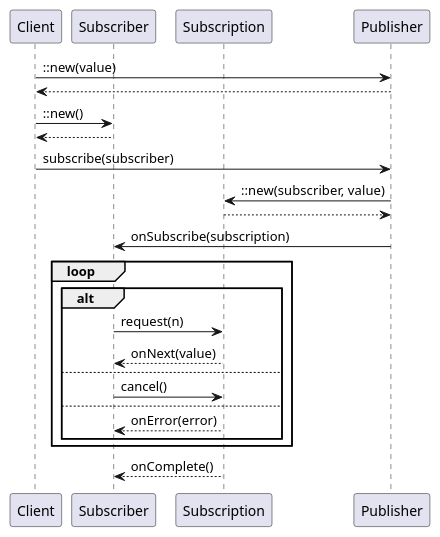
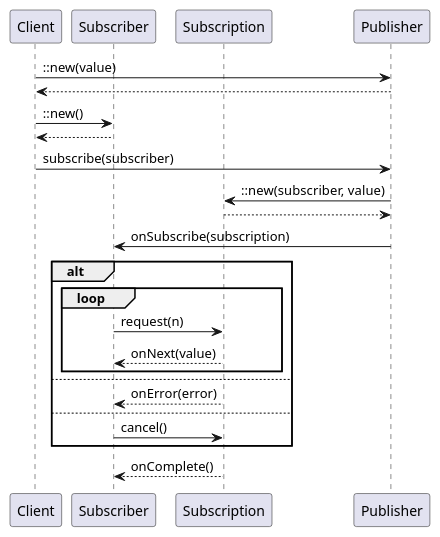
Before and after one commit to yanghoon/obsidian-workspace: the diagram in _diary/2024-06-18.md, drawn with PlantUML.

Commit message:
vault backup: 2024-06-19 00:22:46

````diff
--- a/_diary/2024-06-18.md
+++ b/_diary/2024-06-18.md
@@ -3,34 +3,33 @@
 ```plantuml
 @startuml
 
 participant Client as Client
 participant Subscriber as Sub
 participant Subscription as Subn
 participant Publisher as Pub
 
 Client -> Pub: ::new(value)
 Client <-- Pub
 Client -> Sub: ::new()
 Client <-- Sub
 
 Client -> Pub: subscribe(subscriber)
 Pub -> Subn: ::new(subscriber, value)
 Pub <-- Subn
 Pub -> Sub: onSubscribe(subscription)
 
-group loop
-  alt
-  Sub -> Subn: request(n)
-  Sub <-- Subn: onNext(value)
-  else
-	Sub -> Subn: cancel()
-  else
-    Sub <-- Subn: onError(error)
+alt
+  group loop
+    Sub -> Subn: request(n)
+    Sub <-- Subn: onNext(value)
   end
+else
+  Sub <-- Subn: onError(error)
+else 
+  Sub -> Subn: cancel()
 end
 
 Sub <-- Subn: onComplete()
 
-
 @enduml
 ```
````
